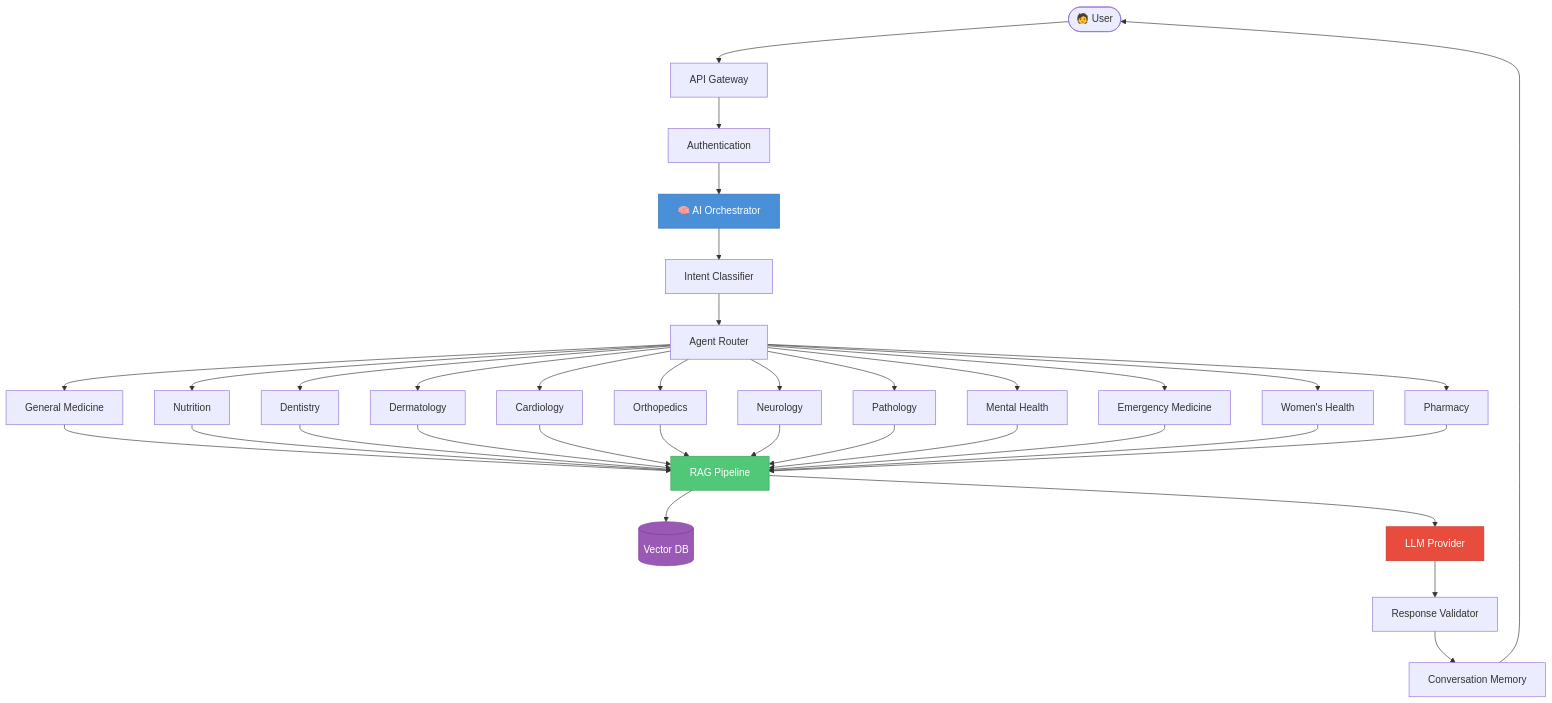
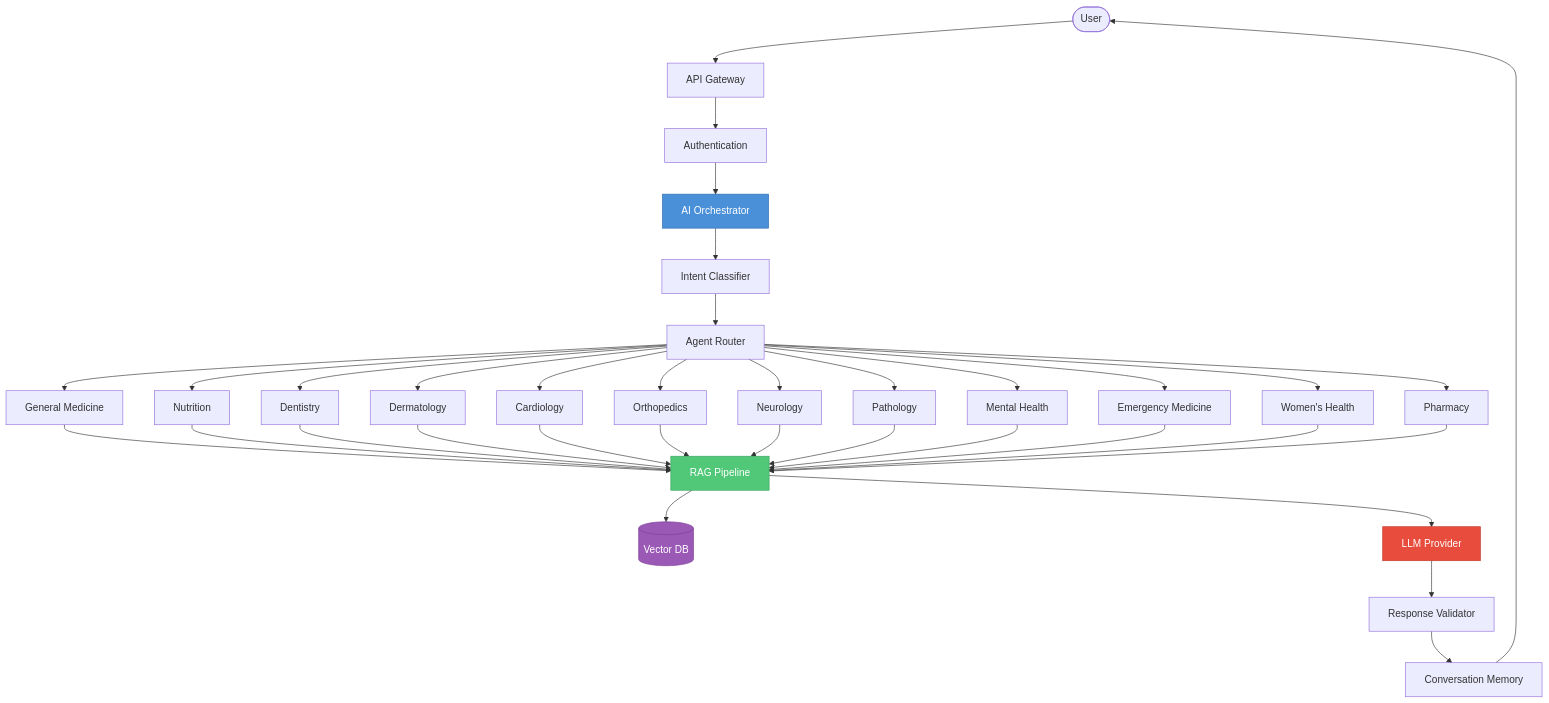
The first of 2 diagrams in README.md (Samarjamal326/MediOrchesctrator-Agent), drawn with Mermaid before and after one commit. The commit also changed other lines of this file and 5 other files, not shown here.

````diff
--- a/README.md
+++ b/README.md
@@ -39,34 +39,34 @@
 ```mermaid
 graph TB
-    User([🧑 User]) --> Gateway[API Gateway]
+    User([ User]) --> Gateway[API Gateway]
     Gateway --> Auth[Authentication]
-    Auth --> Orchestrator[🧠 AI Orchestrator]
+    Auth --> Orchestrator[ AI Orchestrator]
     
     Orchestrator --> IC[Intent Classifier]
     IC --> AR[Agent Router]
     
     AR --> GM[General Medicine]
     AR --> NU[Nutrition]
     AR --> DE[Dentistry]
     AR --> DR[Dermatology]
     AR --> CA[Cardiology]
     AR --> OR[Orthopedics]
     AR --> NE[Neurology]
     AR --> PA[Pathology]
     AR --> MH[Mental Health]
     AR --> EM[Emergency Medicine]
     AR --> WH[Women's Health]
     AR --> PH[Pharmacy]
     
     GM & NU & DE & DR & CA & OR & NE & PA & MH & EM & WH & PH --> RAG[RAG Pipeline]
     RAG --> VDB[(Vector DB)]
     RAG --> LLM[LLM Provider]
     LLM --> Val[Response Validator]
     Val --> Mem[Conversation Memory]
     Mem --> User
 
     style Orchestrator fill:#4A90D9,stroke:#2E6BAE,color:#fff
     style RAG fill:#50C878,stroke:#3DA35D,color:#fff
     style VDB fill:#9B59B6,stroke:#7D3C98,color:#fff
     style LLM fill:#E74C3C,stroke:#C0392B,color:#fff
 ```
````
